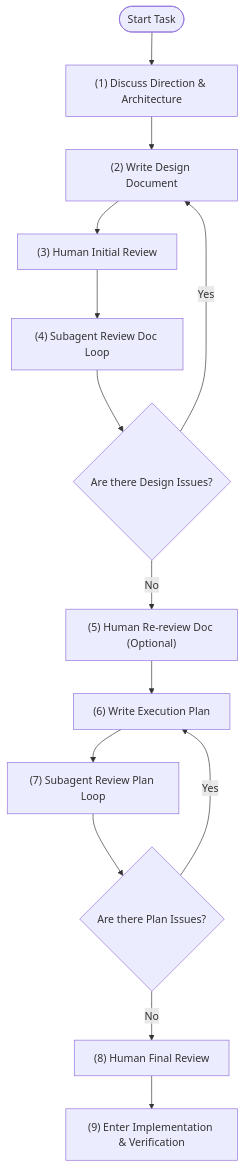
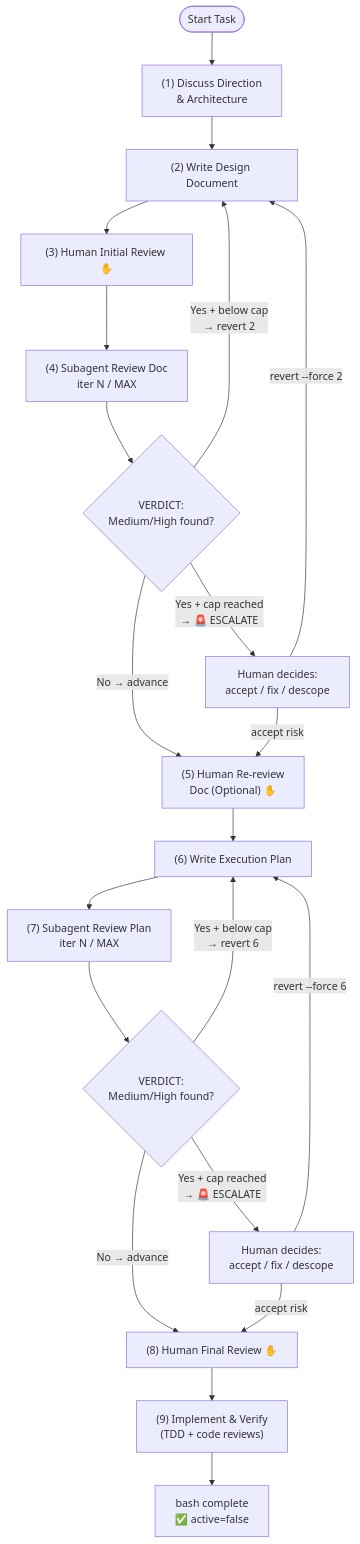
Before and after one commit to jerryyrliu-jpg/my-gemini-skills: the second of 2 diagrams in general-skills/human-agent-in-the-loop-development/README.md, drawn with Mermaid. The commit also changed other lines of this file, not shown here.

Commit message:
docs: update README to v1.4.0 with full change list, architecture diagram, and enhanced workflow diagram

````diff
--- a/general-skills/human-agent-in-the-loop-development/README.md
+++ b/general-skills/human-agent-in-the-loop-development/README.md
@@ -26,20 +103,27 @@
 ```mermaid
 graph TD
-  Start([Start Task]) --> DiscussPhase["(1) Discuss Direction & Architecture"]
-  DiscussPhase --> WriteDesignDoc["(2) Write Design Document"]
-  WriteDesignDoc --> HumanReviewDoc["(3) Human Initial Review"]
-  HumanReviewDoc --> SubagentReviewDoc["(4) Subagent Review Doc Loop"]
-  SubagentReviewDoc --> CheckDocIssues{"Are there Design Issues?"}
-  
-  CheckDocIssues -- "Yes" --> WriteDesignDoc
-  CheckDocIssues -- "No" --> HumanReviewDocOptional["(5) Human Re-review Doc (Optional)"]
-  
-  HumanReviewDocOptional --> WritePlan["(6) Write Execution Plan"]
-  WritePlan --> SubagentReviewPlan["(7) Subagent Review Plan Loop"]
-  SubagentReviewPlan --> CheckPlanIssues{"Are there Plan Issues?"}
-  
-  CheckPlanIssues -- "Yes" --> WritePlan
-  CheckPlanIssues -- "No" --> HumanFinalReview["(8) Human Final Review"]
-  
-  HumanFinalReview --> ImplementPhase["(9) Enter Implementation & Verification"]
+  Start([Start Task]) --> P1["(1) Discuss Direction\n& Architecture"]
+  P1 --> P2["(2) Write Design Document"]
+  P2 --> P3["(3) Human Initial Review ✋"]
+  P3 --> P4["(4) Subagent Review Doc\niter N / MAX"]
+  P4 --> DocVerdict{"VERDICT:\nMedium/High found?"}
+
+  DocVerdict -- "No → advance" --> P5["(5) Human Re-review\nDoc (Optional) ✋"]
+  DocVerdict -- "Yes + below cap\n→ revert 2" --> P2
+  DocVerdict -- "Yes + cap reached\n→ 🚨 ESCALATE" --> DocEsc["Human decides:\naccept / fix / descope"]
+  DocEsc -- "revert --force 2" --> P2
+  DocEsc -- "accept risk" --> P5
+
+  P5 --> P6["(6) Write Execution Plan"]
+  P6 --> P7["(7) Subagent Review Plan\niter N / MAX"]
+  P7 --> PlanVerdict{"VERDICT:\nMedium/High found?"}
+
+  PlanVerdict -- "No → advance" --> P8["(8) Human Final Review ✋"]
+  PlanVerdict -- "Yes + below cap\n→ revert 6" --> P6
+  PlanVerdict -- "Yes + cap reached\n→ 🚨 ESCALATE" --> PlanEsc["Human decides:\naccept / fix / descope"]
+  PlanEsc -- "revert --force 6" --> P6
+  PlanEsc -- "accept risk" --> P8
+
+  P8 --> P9["(9) Implement & Verify\n(TDD + code reviews)"]
+  P9 --> Done["bash complete\n✅ active=false"]
 ```
````
